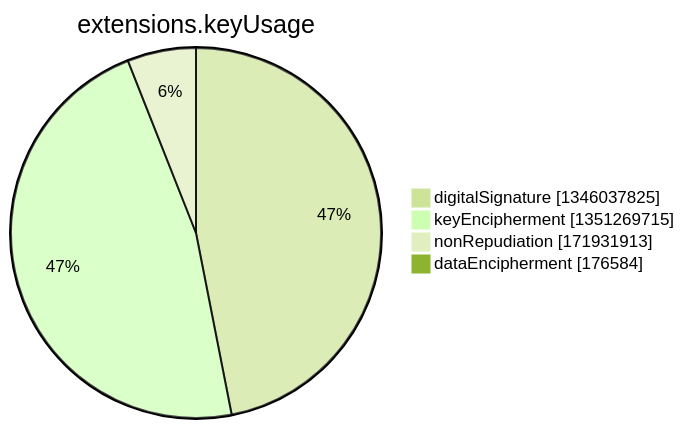
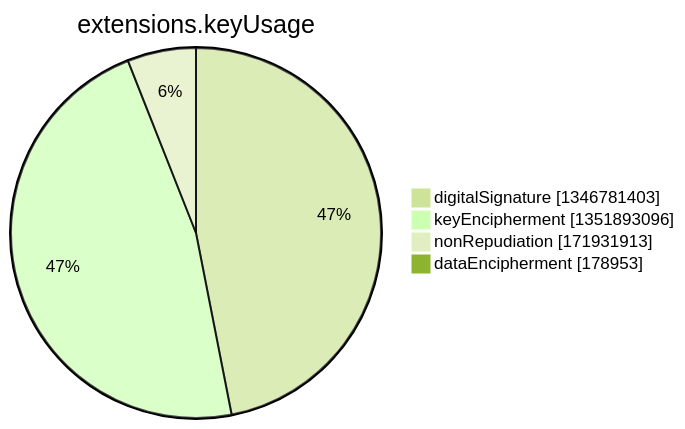
One commit to christiankrug/ctmonitor_visualization changed the seventh of 15 diagrams in argon2022/README.md. Above: the diagram before and after it, drawn with Mermaid (forest theme). The commit also changed other lines of this file, not shown here.

````diff
--- a/argon2022/README.md
+++ b/argon2022/README.md
@@ -2750,8 +2750,8 @@
 ```mermaid
 pie showData
 title extensions.keyUsage
-"digitalSignature" :1346037825
-"keyEncipherment" :1351269715
+"digitalSignature" :1346781403
+"keyEncipherment" :1351893096
 "nonRepudiation" :171931913
-"dataEncipherment" :176584
+"dataEncipherment" :178953
 ```
````
